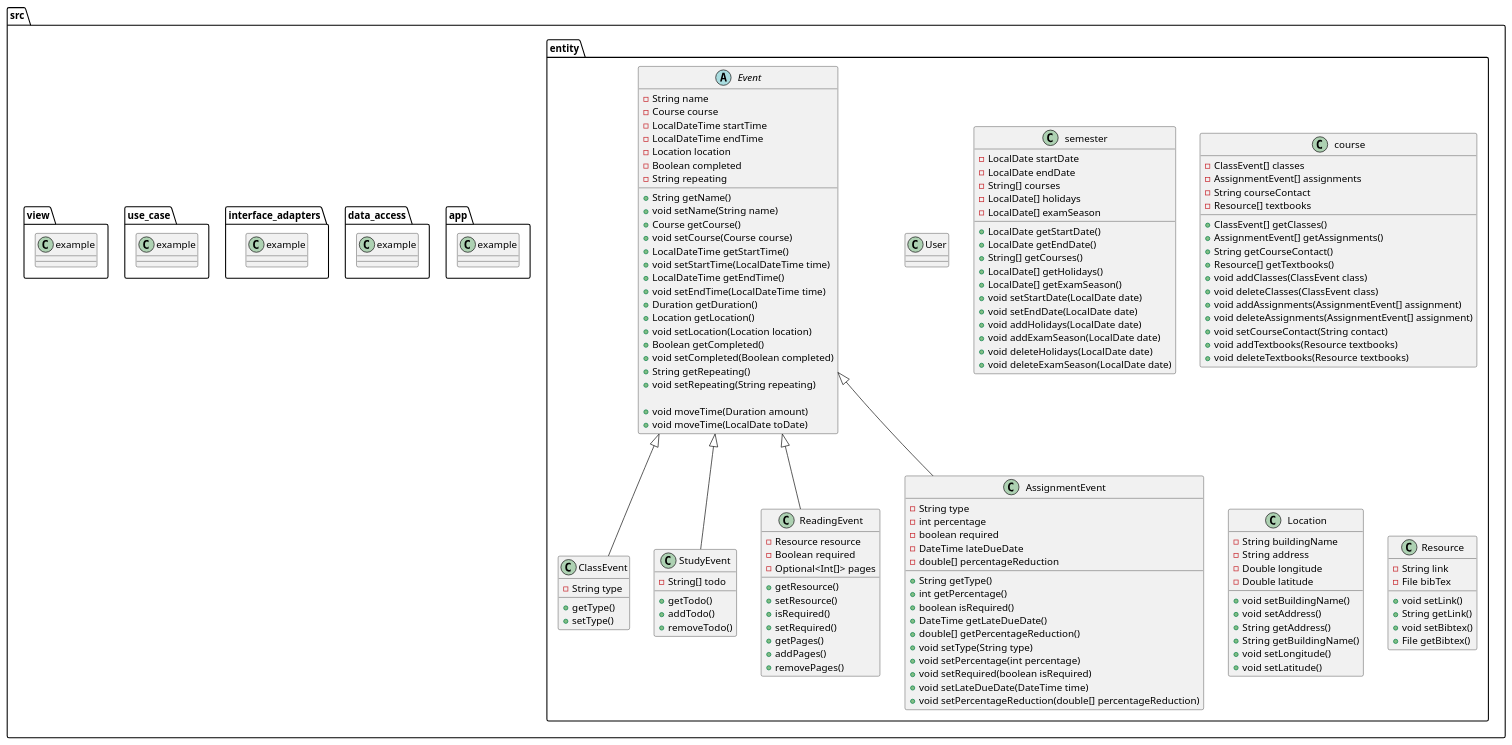
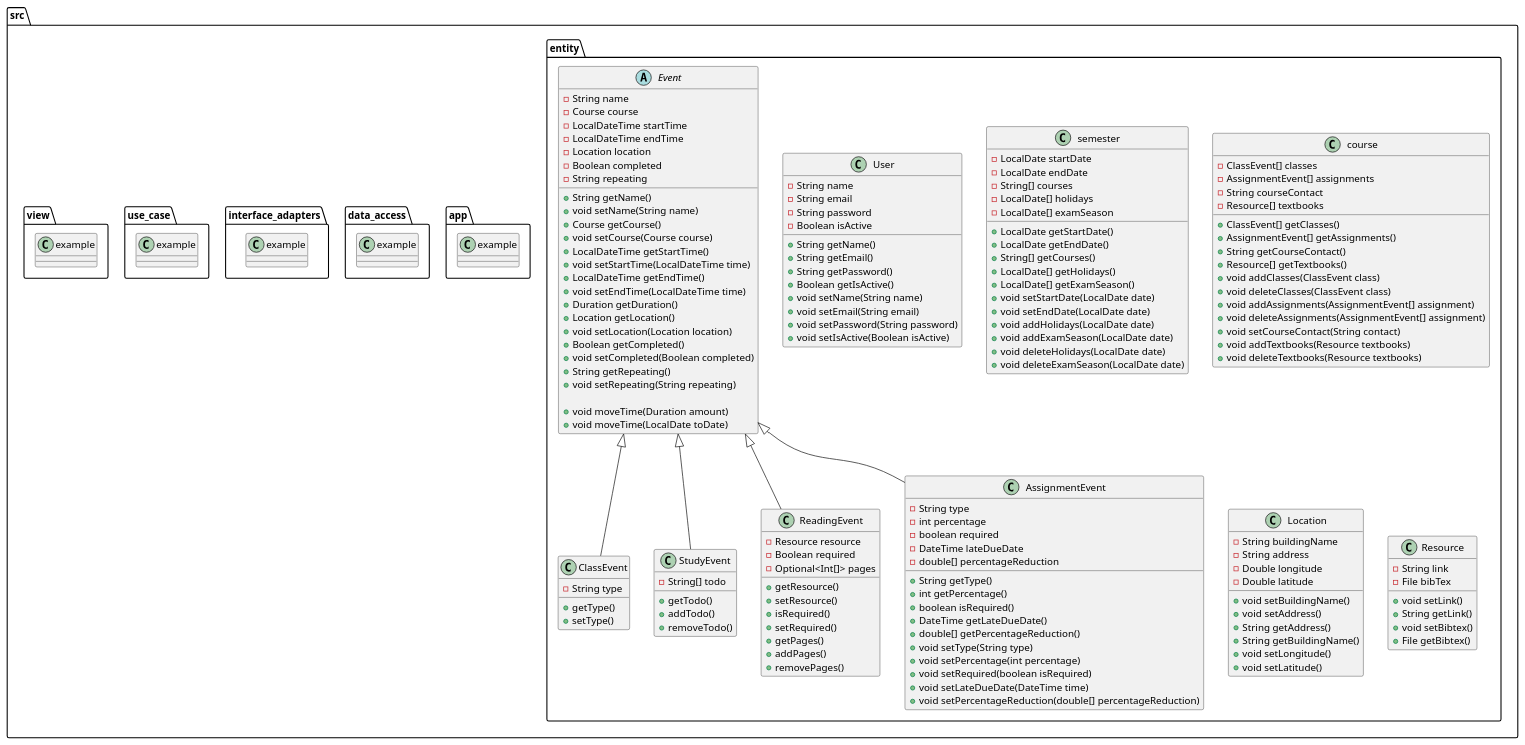
The diagram in DESIGN.puml (Rafiah-n/AcademiCal), drawn with PlantUML before and after one commit. The commit also changed 1 other file, not shown here.

Commit message:
added deleteEvent use_case and a potential rough outline for User class entity to uml

```diff
--- a/DESIGN.puml
+++ b/DESIGN.puml
@@ -85,7 +85,27 @@
         }
 
         class User {
-            ' Unimplemented for now
+            - String name
+            - String email
+            - String password
+            - Boolean isActive
+
+            + String getName()
+            + String getEmail()
+            + String getPassword()
+            + Boolean getIsActive()
+            + void setName(String name)
+            + void setEmail(String email)
+            + void setPassword(String password)
+            + void setIsActive(Boolean isActive)
+
+            /' void encryptPw(String Password)- maybe stored in a db and used on the oAuth
+            String decryptPw(String Password)
+            void saveUser(String name, String email, String password, Boolean isActive)
+            void deleteUser(String name, String email, String password, Boolean isActive)
+            void lockUser(String name, String email, String password)
+
+            rough/potential idea of implementation for now'/
         }
 
         class semester{
```
